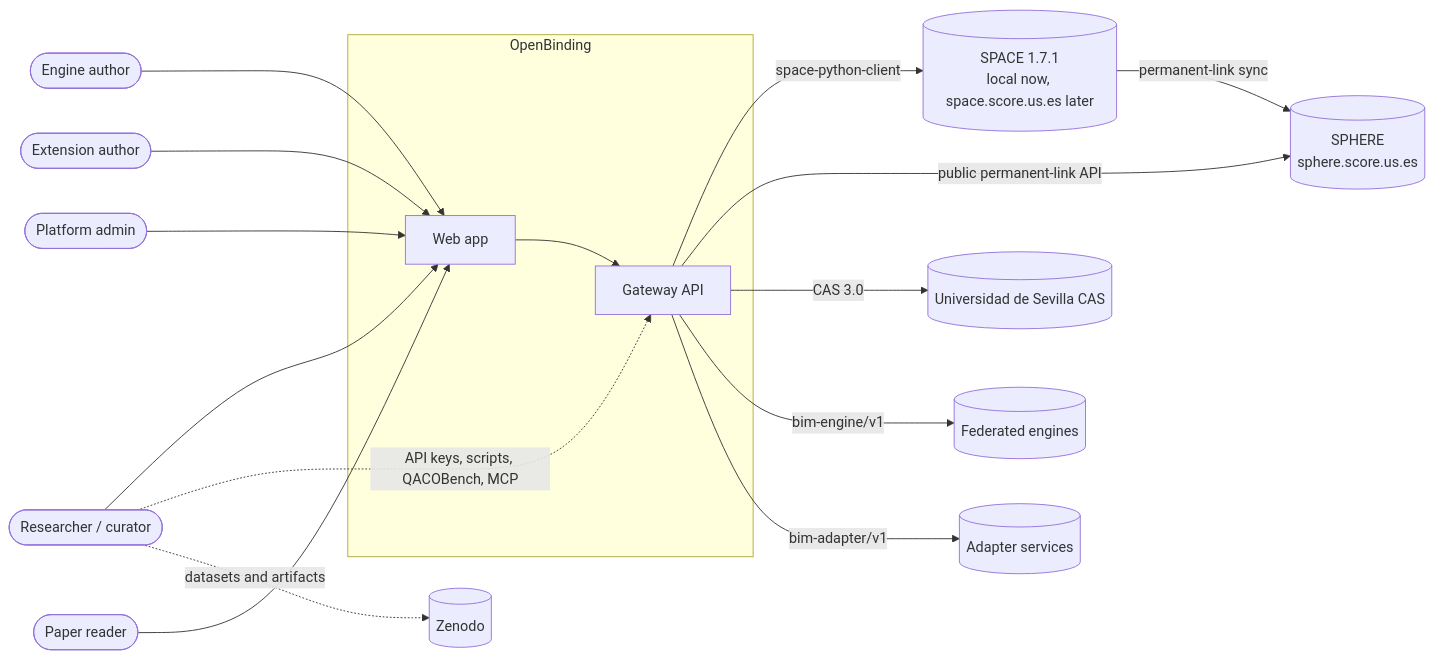
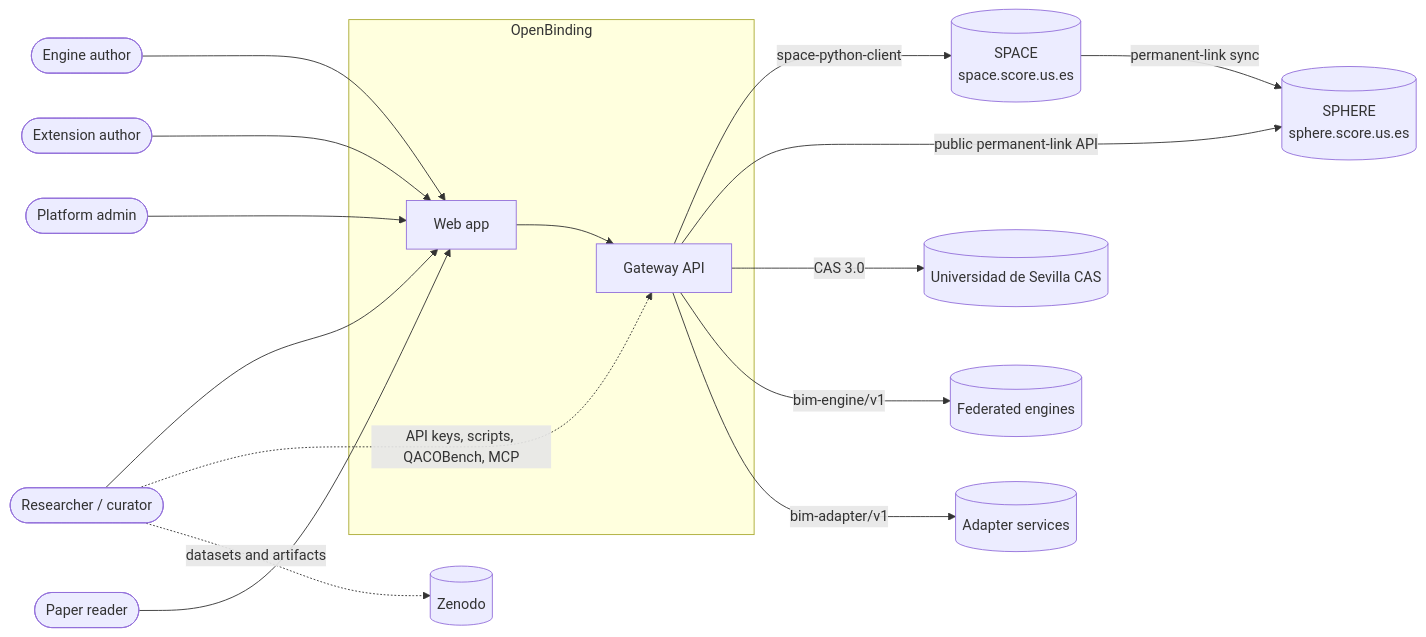
The first of 6 diagrams in docs/ARCHITECTURE.md (isa-group/OpenBinding), drawn with Mermaid before and after one commit. The commit also changed other lines of this file and 4 other files, not shown here.

````diff
--- a/docs/ARCHITECTURE.md
+++ b/docs/ARCHITECTURE.md
@@ -37,27 +37,27 @@
 ```mermaid
 flowchart LR
   R([Researcher / curator])
   E([Engine author])
   X([Extension author])
   A([Platform admin])
   P([Paper reader])
   subgraph OB[OpenBinding]
     W[Web app]
     G[Gateway API]
   end
   SPH[(SPHERE<br/>sphere.score.us.es)]
-  SPA[(SPACE 1.7.1<br/>local now, space.score.us.es later)]
+  SPA[(SPACE<br/>space.score.us.es)]
   CAS[(Universidad de Sevilla CAS)]
   FED[(Federated engines)]
   ADS[(Adapter services)]
   Z[(Zenodo)]
   R & E & X & A & P --> W --> G
   R -. API keys, scripts, QACOBench, MCP .-> G
   G -- space-python-client --> SPA
   SPA -- permanent-link sync --> SPH
   G -- public permanent-link API --> SPH
   G -- CAS 3.0 --> CAS
   G -- bim-engine/v1 --> FED
   G -- bim-adapter/v1 --> ADS
   R -. datasets and artifacts .-> Z
 ```
````
